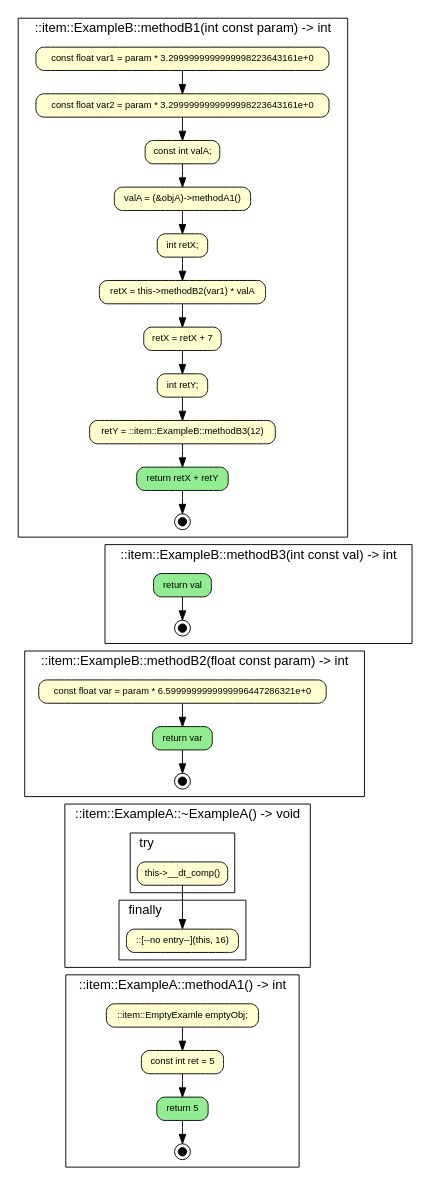
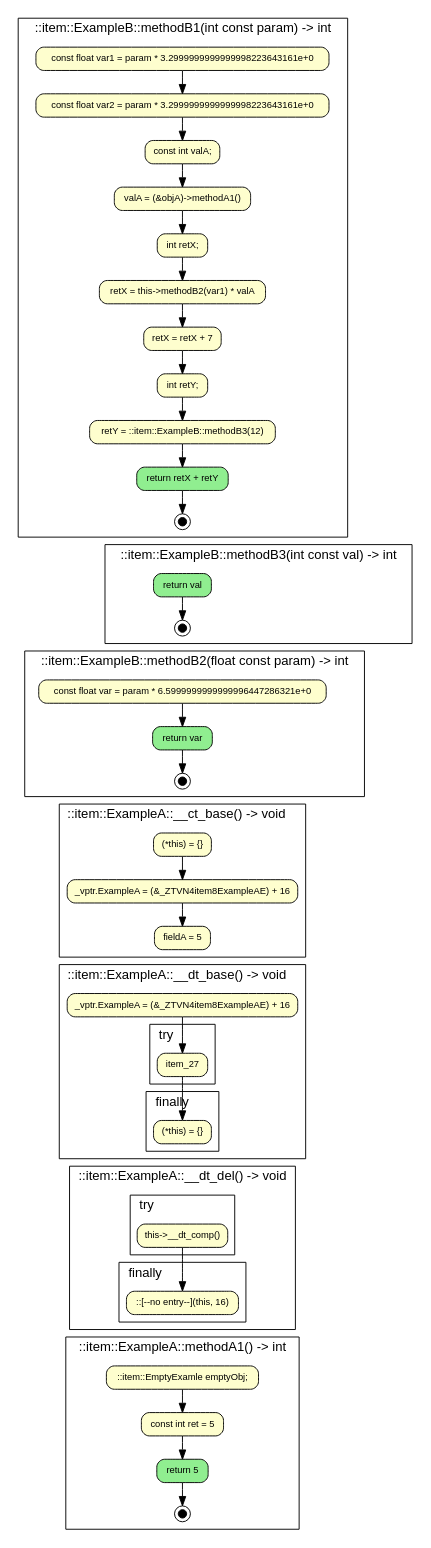
One commit to anetczuk/gcc-uml changed the diagram in examples/ctrlflowgraph/ctrl_class.cpp.dot. Above: the diagram before and after it, drawn with Graphviz. The commit also changed 4 other files, not shown here.

```diff
--- a/examples/ctrlflowgraph/ctrl_class.cpp.dot
+++ b/examples/ctrlflowgraph/ctrl_class.cpp.dot
@@ -1,71 +1,98 @@
 digraph {
 	fontname="SansSerif,sans-serif" labeljust=l nojustify=true ranksep=0.35
 	node [fillcolor="#fefece" fontname="SansSerif,sans-serif" fontsize=10 height=0.35 shape=box style="filled, rounded"]
 	subgraph cluster_item_0 {
 		graph [label="::item::ExampleB::methodB1(int const param) -> int"]
 		item_1 [label="const float var1 = param * 3.2999999999999998223643161e+0"]
 		item_2 [label="const float var2 = param * 3.2999999999999998223643161e+0"]
 		item_1 -> item_2
 		item_3 [label="const int valA;"]
 		item_2 -> item_3
 		item_4 [label="valA = (&objA)->methodA1()"]
 		item_3 -> item_4
 		item_5 [label="int retX;"]
 		item_4 -> item_5
 		item_6 [label="retX = this->methodB2(var1) * valA"]
 		item_5 -> item_6
 		item_7 [label="retX = retX + 7"]
 		item_6 -> item_7
 		item_8 [label="int retY;"]
 		item_7 -> item_8
 		item_9 [label="retY = ::item::ExampleB::methodB3(12)"]
 		item_8 -> item_9
 		item_10 [label="return retX + retY" fillcolor=lightgreen]
 		item_11 [label="" fillcolor=black fixedsize=true height=0.12 shape=doublecircle size=0.1 width=0.12]
 		item_10 -> item_11
 		item_9 -> item_10
 	}
 	subgraph cluster_item_12 {
 		graph [label="::item::ExampleB::methodB3(int const val) -> int"]
 		item_13 [label="return val" fillcolor=lightgreen]
 		item_14 [label="" fillcolor=black fixedsize=true height=0.12 shape=doublecircle size=0.1 width=0.12]
 		item_13 -> item_14
 	}
 	item_11 -> item_13 [style=invis]
 	subgraph cluster_item_15 {
 		graph [label="::item::ExampleB::methodB2(float const param) -> int"]
 		item_16 [label="const float var = param * 6.5999999999999996447286321e+0"]
 		item_17 [label="return var" fillcolor=lightgreen]
 		item_18 [label="" fillcolor=black fixedsize=true height=0.12 shape=doublecircle size=0.1 width=0.12]
 		item_17 -> item_18
 		item_16 -> item_17
 	}
 	item_14 -> item_16 [style=invis]
 	subgraph cluster_item_19 {
-		graph [label="::item::ExampleA::ExampleA() -> void"]
+		graph [label="::item::ExampleA::__ct_base() -> void"]
+		item_20 [label="(*this) = {}"]
+		item_21 [label="_vptr.ExampleA = (&_ZTVN4item8ExampleAE) + 16"]
+		item_20 -> item_21
+		item_22 [label="fieldA = 5"]
+		item_21 -> item_22
 	}
-	subgraph cluster_item_20 {
-		graph [label="::item::ExampleA::~ExampleA() -> void"]
-		subgraph cluster_item_21 {
+	item_18 -> item_20 [style=invis]
+	subgraph cluster_item_23 {
+		graph [label="::item::ExampleA::__ct_comp() -> void"]
+	}
+	subgraph cluster_item_24 {
+		graph [label="::item::ExampleA::__dt_base() -> void"]
+		item_25 [label="_vptr.ExampleA = (&_ZTVN4item8ExampleAE) + 16"]
+		subgraph cluster_item_26 {
 			graph [label=try]
-			item_22 [label="this->__dt_comp()"]
+			item_27
 		}
-		subgraph cluster_item_23 {
+		subgraph cluster_item_28 {
 			graph [label=finally]
-			item_24 [label="::[--no entry--](this, 16)"]
+			item_29 [label="(*this) = {}"]
 		}
-		item_22 -> item_24
+		item_27 -> item_29
+		item_25 -> item_27
 	}
-	item_18 -> item_22 [style=invis]
-	subgraph cluster_item_25 {
+	item_22 -> item_25 [style=invis]
+	subgraph cluster_item_30 {
+		graph [label="::item::ExampleA::__dt_comp() -> void"]
+	}
+	subgraph cluster_item_31 {
+		graph [label="::item::ExampleA::__dt_del() -> void"]
+		subgraph cluster_item_32 {
+			graph [label=try]
+			item_33 [label="this->__dt_comp()"]
+		}
+		subgraph cluster_item_34 {
+			graph [label=finally]
+			item_35 [label="::[--no entry--](this, 16)"]
+		}
+		item_33 -> item_35
+	}
+	item_29 -> item_33 [style=invis]
+	subgraph cluster_item_36 {
 		graph [label="::item::ExampleA::methodA1() -> int"]
-		item_26 [label="::item::EmptyExamle emptyObj;"]
-		item_27 [label="const int ret = 5"]
-		item_26 -> item_27
-		item_28 [label="return 5" fillcolor=lightgreen]
-		item_29 [label="" fillcolor=black fixedsize=true height=0.12 shape=doublecircle size=0.1 width=0.12]
-		item_28 -> item_29
-		item_27 -> item_28
+		item_37 [label="::item::EmptyExamle emptyObj;"]
+		item_38 [label="const int ret = 5"]
+		item_37 -> item_38
+		item_39 [label="return 5" fillcolor=lightgreen]
+		item_40 [label="" fillcolor=black fixedsize=true height=0.12 shape=doublecircle size=0.1 width=0.12]
+		item_39 -> item_40
+		item_38 -> item_39
 	}
-	item_24 -> item_26 [style=invis]
+	item_35 -> item_37 [style=invis]
 }
```
